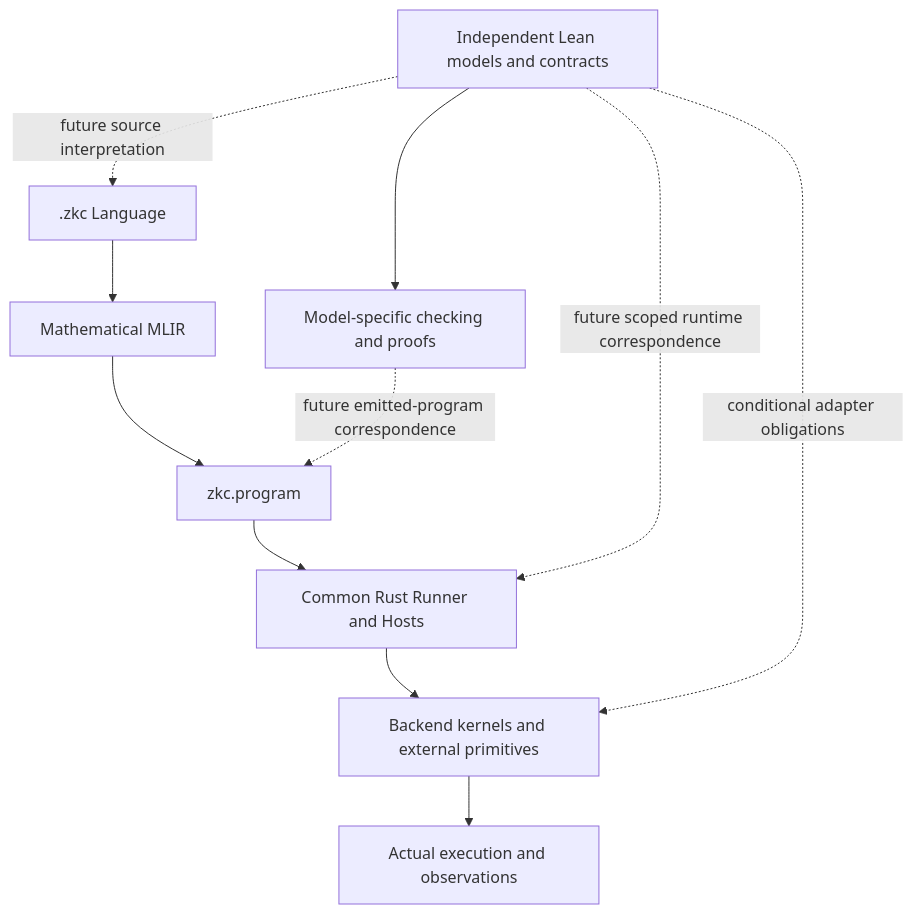
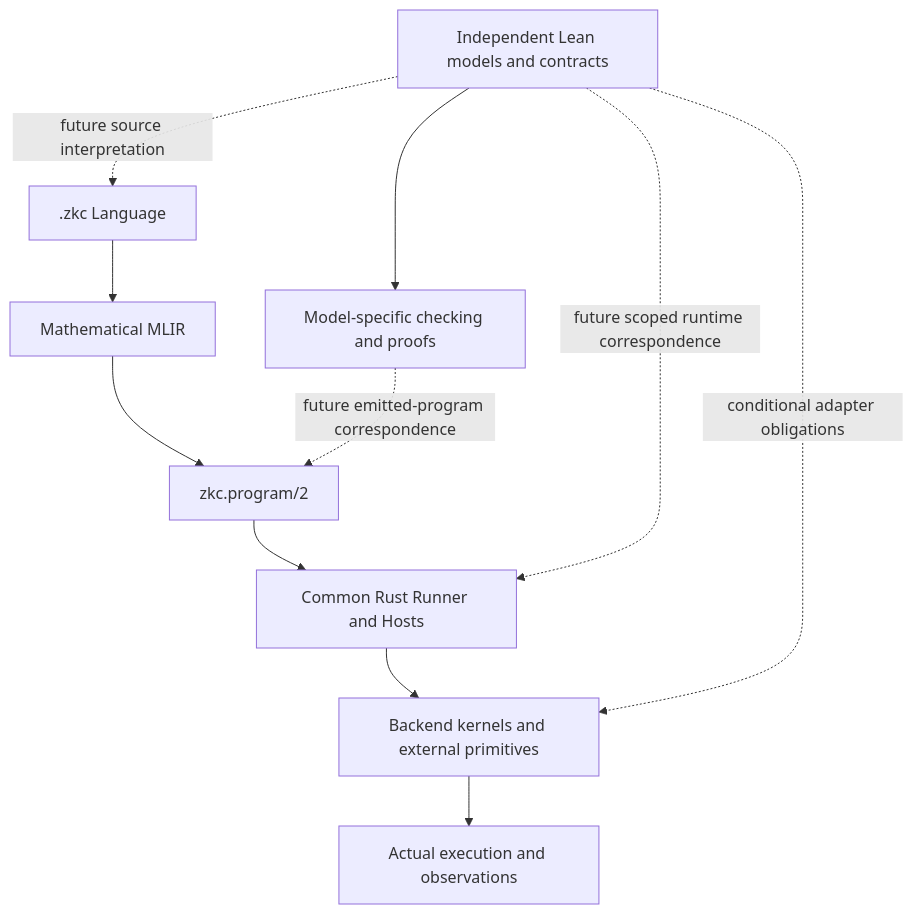
Before and after one commit to zkcompiler/zkc: the diagram in formal/design/verification-map.md, drawn with Mermaid. The commit also changed other lines of this file and 258 other files, not shown here.

````diff
--- a/formal/design/verification-map.md
+++ b/formal/design/verification-map.md
@@ -36,13 +36,13 @@
 ```mermaid
 flowchart TD
   U[.zkc Language] --> M[Mathematical MLIR]
-  M --> C[zkc.program]
+  M --> C[zkc.program/2]
   C --> R[Common Rust Runner and Hosts]
   R --> B[Backend kernels and external primitives]
   B --> X[Actual execution and observations]
   L[Independent Lean models and contracts] --> K[Model-specific checking and proofs]
   L -. future source interpretation .-> U
   K -. future emitted-program correspondence .-> C
   L -. future scoped runtime correspondence .-> R
   L -. conditional adapter obligations .-> B
 ```
````
